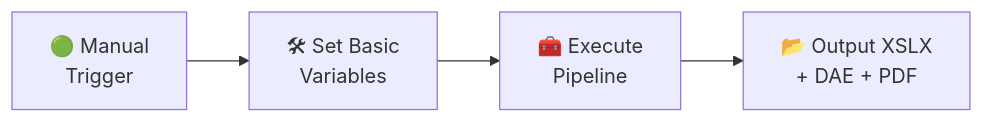
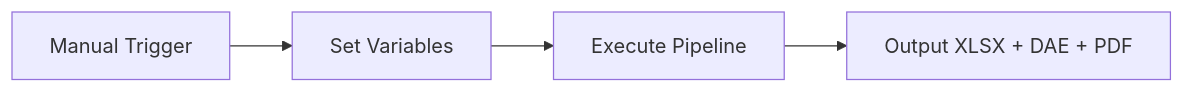
The first of 4 diagrams in README.md (ehtick/cad2data-Revit-IFC-DWG-DGN-pipeline-with-conversion-validation-qto), drawn with Mermaid before and after one commit. The commit also changed other lines of this file, not shown here.

````diff
--- a/README.md
+++ b/README.md
@@ -140,6 +69,6 @@
 ```mermaid
 graph LR;
-    A[🟢 Manual<br/>Trigger] --> B[🛠 Set Basic<br/>Variables]
-    B --> C[🧰 Execute<br/>Pipeline]
-    C --> D[📂 Output XSLX<br/>+ DAE + PDF]
+    A[Manual Trigger] --> B[Set Variables];
+    B --> C[Execute Pipeline];
+    C --> D[Output XLSX + DAE + PDF];
 ```
````
